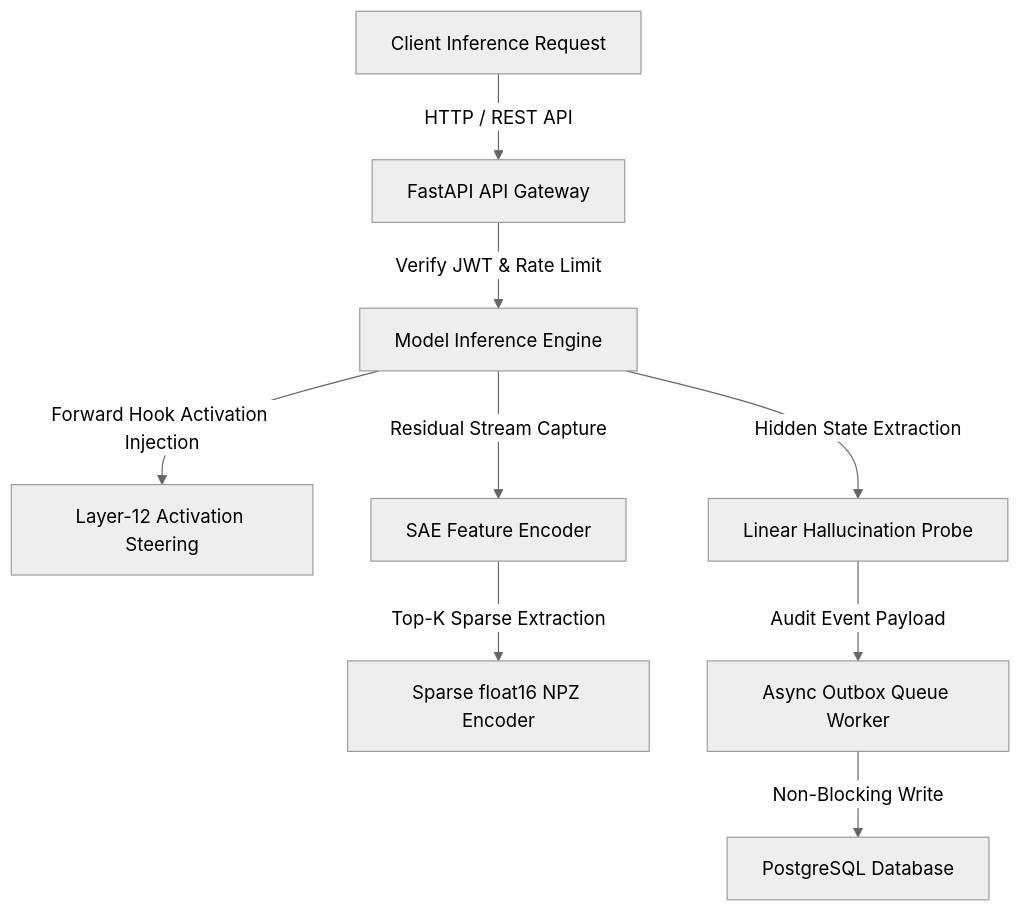
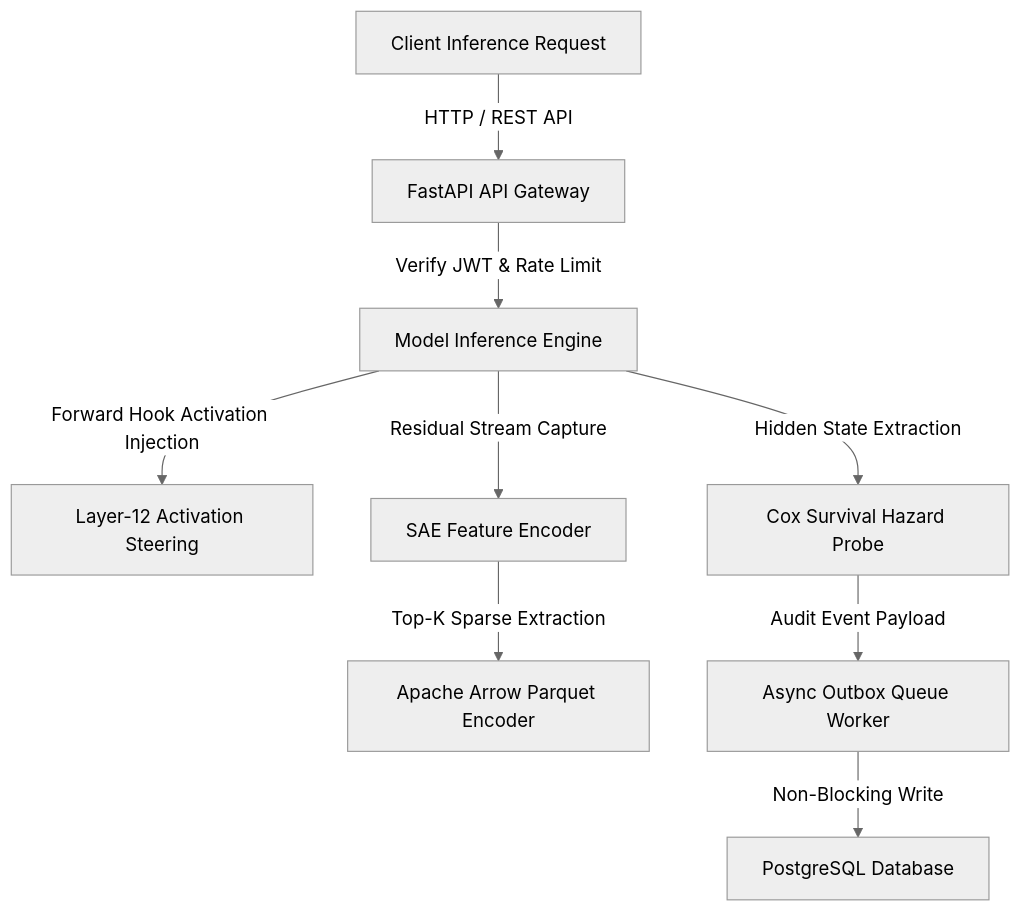
The diagram in README.md (Gaurav711cgu/NeuroScope), drawn with Mermaid (neutral theme) before and after one commit. The commit also changed other lines of this file and 2 other files, not shown here.

Commit message:
fix(research): purge probe mock fallbacks, partition research threads A/B, specify steering recovery methodology, and make plot positioning deterministic

````diff
--- a/README.md
+++ b/README.md
@@ -79,11 +105,11 @@
 ```mermaid
 graph TD
     Client["Client Inference Request"] -->|"HTTP / REST API"| Gateway["FastAPI API Gateway"]
     Gateway -->|"Verify JWT & Rate Limit"| Engine["Model Inference Engine"]
     Engine -->|"Forward Hook Activation Injection"| Steering["Layer-12 Activation Steering"]
     Engine -->|"Residual Stream Capture"| Encoder["SAE Feature Encoder"]
-    Engine -->|"Hidden State Extraction"| Probe["Linear Hallucination Probe"]
-    Encoder -->|"Top-K Sparse Extraction"| Sparse["Sparse float16 NPZ Encoder"]
+    Engine -->|"Hidden State Extraction"| Probe["Cox Survival Hazard Probe"]
+    Encoder -->|"Top-K Sparse Extraction"| Sparse["Apache Arrow Parquet Encoder"]
     Probe -->|"Audit Event Payload"| Worker["Async Outbox Queue Worker"]
     Worker -->|"Non-Blocking Write"| DB["PostgreSQL Database"]
 ```
````
